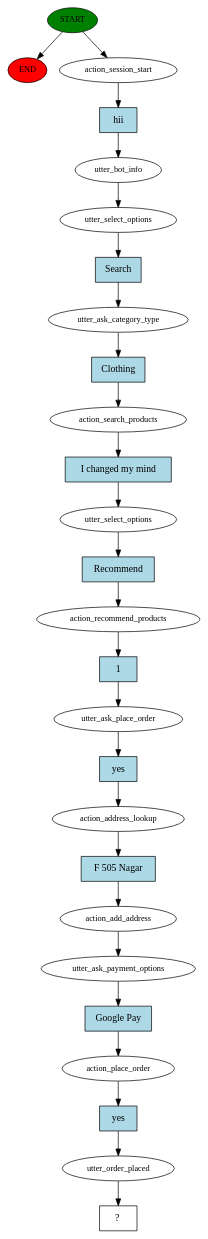
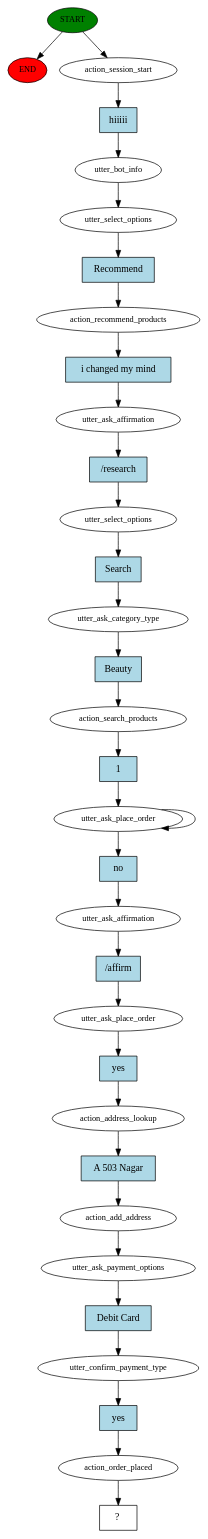
Before and after one commit to Sanjay-Malpekar/Chatbot: the diagram in story_graph.dot, drawn with Graphviz. The commit also changed 9 other files, not shown here.

```diff
--- a/story_graph.dot
+++ b/story_graph.dot
@@ -1,53 +1,66 @@
 digraph  {
 0 [class="start active", fillcolor=green, fontsize=12, label=START, style=filled];
 "-1" [class=end, fillcolor=red, fontsize=12, label=END, style=filled];
 1 [class=active, fontsize=12, label=action_session_start];
 2 [class=active, fontsize=12, label=utter_bot_info];
 3 [class=active, fontsize=12, label=utter_select_options];
-4 [class=active, fontsize=12, label=utter_ask_category_type];
-5 [class=active, fontsize=12, label=action_search_products];
+4 [class=active, fontsize=12, label=action_recommend_products];
+5 [class=active, fontsize=12, label=utter_ask_affirmation];
 6 [class=active, fontsize=12, label=utter_select_options];
-7 [class=active, fontsize=12, label=action_recommend_products];
-8 [class=active, fontsize=12, label=utter_ask_place_order];
-9 [class=active, fontsize=12, label=action_address_lookup];
-10 [class=active, fontsize=12, label=action_add_address];
-11 [class=active, fontsize=12, label=utter_ask_payment_options];
-12 [class=active, fontsize=12, label=action_place_order];
-13 [class=active, fontsize=12, label=utter_order_placed];
-14 [class="intent dashed active", label="  ?  ", shape=rect];
-15 [class="intent active", fillcolor=lightblue, label=hii, shape=rect, style=filled];
-16 [class="intent active", fillcolor=lightblue, label=Search, shape=rect, style=filled];
-17 [class="intent active", fillcolor=lightblue, label=Clothing, shape=rect, style=filled];
-18 [class="intent active", fillcolor=lightblue, label="I changed my mind", shape=rect, style=filled];
-19 [class="intent active", fillcolor=lightblue, label=Recommend, shape=rect, style=filled];
-20 [class="intent active", fillcolor=lightblue, label=1, shape=rect, style=filled];
-21 [class="intent active", fillcolor=lightblue, label=yes, shape=rect, style=filled];
-22 [class="intent active", fillcolor=lightblue, label="F 505 Nagar", shape=rect, style=filled];
-23 [class="intent active", fillcolor=lightblue, label="Google Pay", shape=rect, style=filled];
-24 [class="intent active", fillcolor=lightblue, label=yes, shape=rect, style=filled];
+7 [class=active, fontsize=12, label=utter_ask_category_type];
+8 [class=active, fontsize=12, label=action_search_products];
+9 [class=active, fontsize=12, label=utter_ask_place_order];
+11 [class=active, fontsize=12, label=utter_ask_affirmation];
+12 [class=active, fontsize=12, label=utter_ask_place_order];
+13 [class=active, fontsize=12, label=action_address_lookup];
+14 [class=active, fontsize=12, label=action_add_address];
+15 [class=active, fontsize=12, label=utter_ask_payment_options];
+16 [class=active, fontsize=12, label=utter_confirm_payment_type];
+17 [class=active, fontsize=12, label=action_order_placed];
+18 [class="intent dashed active", label="  ?  ", shape=rect];
+19 [class="intent active", fillcolor=lightblue, label=hiiiii, shape=rect, style=filled];
+20 [class="intent active", fillcolor=lightblue, label=Recommend, shape=rect, style=filled];
+21 [class="intent active", fillcolor=lightblue, label="i changed my mind", shape=rect, style=filled];
+22 [class="intent active", fillcolor=lightblue, label="/research", shape=rect, style=filled];
+23 [class="intent active", fillcolor=lightblue, label=Search, shape=rect, style=filled];
+24 [class="intent active", fillcolor=lightblue, label=Beauty, shape=rect, style=filled];
+25 [class="intent active", fillcolor=lightblue, label=1, shape=rect, style=filled];
+26 [class="intent active", fillcolor=lightblue, label=no, shape=rect, style=filled];
+27 [class="intent active", fillcolor=lightblue, label="/affirm", shape=rect, style=filled];
+28 [class="intent active", fillcolor=lightblue, label=yes, shape=rect, style=filled];
+29 [class="intent active", fillcolor=lightblue, label="A 503 Nagar", shape=rect, style=filled];
+30 [class="intent active", fillcolor=lightblue, label="Debit Card", shape=rect, style=filled];
+31 [class="intent active", fillcolor=lightblue, label=yes, shape=rect, style=filled];
 0 -> "-1"  [class="", key=NONE, label=""];
 0 -> 1  [class=active, key=NONE, label=""];
-1 -> 15  [class=active, key=0];
+1 -> 19  [class=active, key=0];
 2 -> 3  [class=active, key=NONE, label=""];
-3 -> 16  [class=active, key=0];
-4 -> 17  [class=active, key=0];
-5 -> 18  [class=active, key=0];
-6 -> 19  [class=active, key=0];
-7 -> 20  [class=active, key=0];
-8 -> 21  [class=active, key=0];
-9 -> 22  [class=active, key=0];
-10 -> 11  [class=active, key=NONE, label=""];
-11 -> 23  [class=active, key=0];
-12 -> 24  [class=active, key=0];
-13 -> 14  [class=active, key=NONE, label=""];
-15 -> 2  [class=active, key=0];
-16 -> 4  [class=active, key=0];
-17 -> 5  [class=active, key=0];
-18 -> 6  [class=active, key=0];
-19 -> 7  [class=active, key=0];
-20 -> 8  [class=active, key=0];
-21 -> 9  [class=active, key=0];
-22 -> 10  [class=active, key=0];
-23 -> 12  [class=active, key=0];
-24 -> 13  [class=active, key=0];
+3 -> 20  [class=active, key=0];
+4 -> 21  [class=active, key=0];
+5 -> 22  [class=active, key=0];
+6 -> 23  [class=active, key=0];
+7 -> 24  [class=active, key=0];
+8 -> 25  [class=active, key=0];
+9 -> 9  [class=active, key=NONE, label=""];
+9 -> 26  [class=active, key=0];
+11 -> 27  [class=active, key=0];
+12 -> 28  [class=active, key=0];
+13 -> 29  [class=active, key=0];
+14 -> 15  [class=active, key=NONE, label=""];
+15 -> 30  [class=active, key=0];
+16 -> 31  [class=active, key=0];
+17 -> 18  [class=active, key=NONE, label=""];
+19 -> 2  [class=active, key=0];
+20 -> 4  [class=active, key=0];
+21 -> 5  [class=active, key=0];
+22 -> 6  [class=active, key=0];
+23 -> 7  [class=active, key=0];
+24 -> 8  [class=active, key=0];
+25 -> 9  [class=active, key=0];
+26 -> 11  [class=active, key=0];
+27 -> 12  [class=active, key=0];
+28 -> 13  [class=active, key=0];
+29 -> 14  [class=active, key=0];
+30 -> 16  [class=active, key=0];
+31 -> 17  [class=active, key=0];
 }
```
